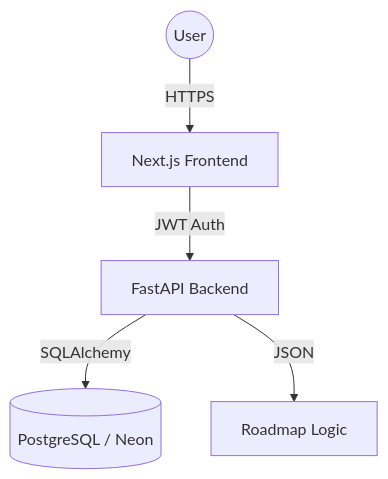
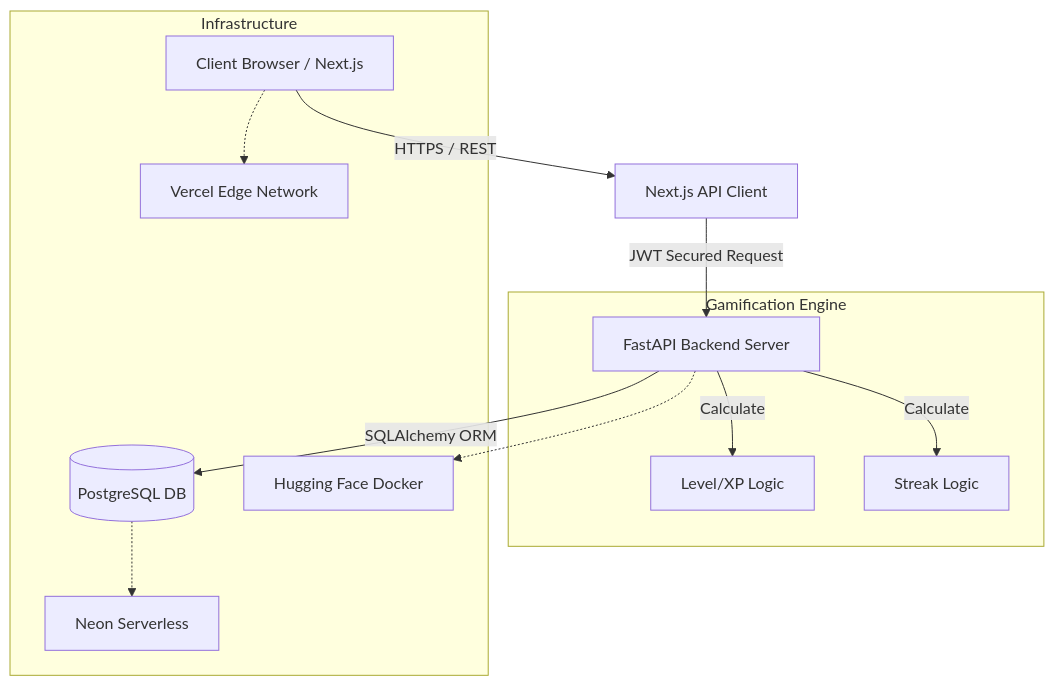
Before and after one commit to nishantrs0404/60-day-hacker-tracker: the diagram in README.md, drawn with Mermaid. The commit also changed other lines of this file, not shown here.

````diff
--- a/README.md
+++ b/README.md
@@ -65,7 +75,17 @@
 ```mermaid
 graph TD
-    User((User)) -->|HTTPS| Frontend[Next.js Frontend]
-    Frontend -->|JWT Auth| Backend[FastAPI Backend]
-    Backend -->|SQLAlchemy| DB[(PostgreSQL / Neon)]
-    Backend -->|JSON| Roadmap[Roadmap Logic]
+    Client[Client Browser / Next.js] -->|HTTPS / REST| NextAPI[Next.js API Client]
+    NextAPI -->|JWT Secured Request| FastAPI[FastAPI Backend Server]
+    FastAPI -->|SQLAlchemy ORM| Postgres[(PostgreSQL DB)]
+    
+    subgraph Gamification Engine
+    FastAPI -->|Calculate| Leveling[Level/XP Logic]
+    FastAPI -->|Calculate| Streak[Streak Logic]
+    end
+    
+    subgraph Infrastructure
+    Postgres -.-> Neon[Neon Serverless]
+    FastAPI -.-> HF[Hugging Face Docker]
+    Client -.-> Vercel[Vercel Edge Network]
+    end
 ```
````
